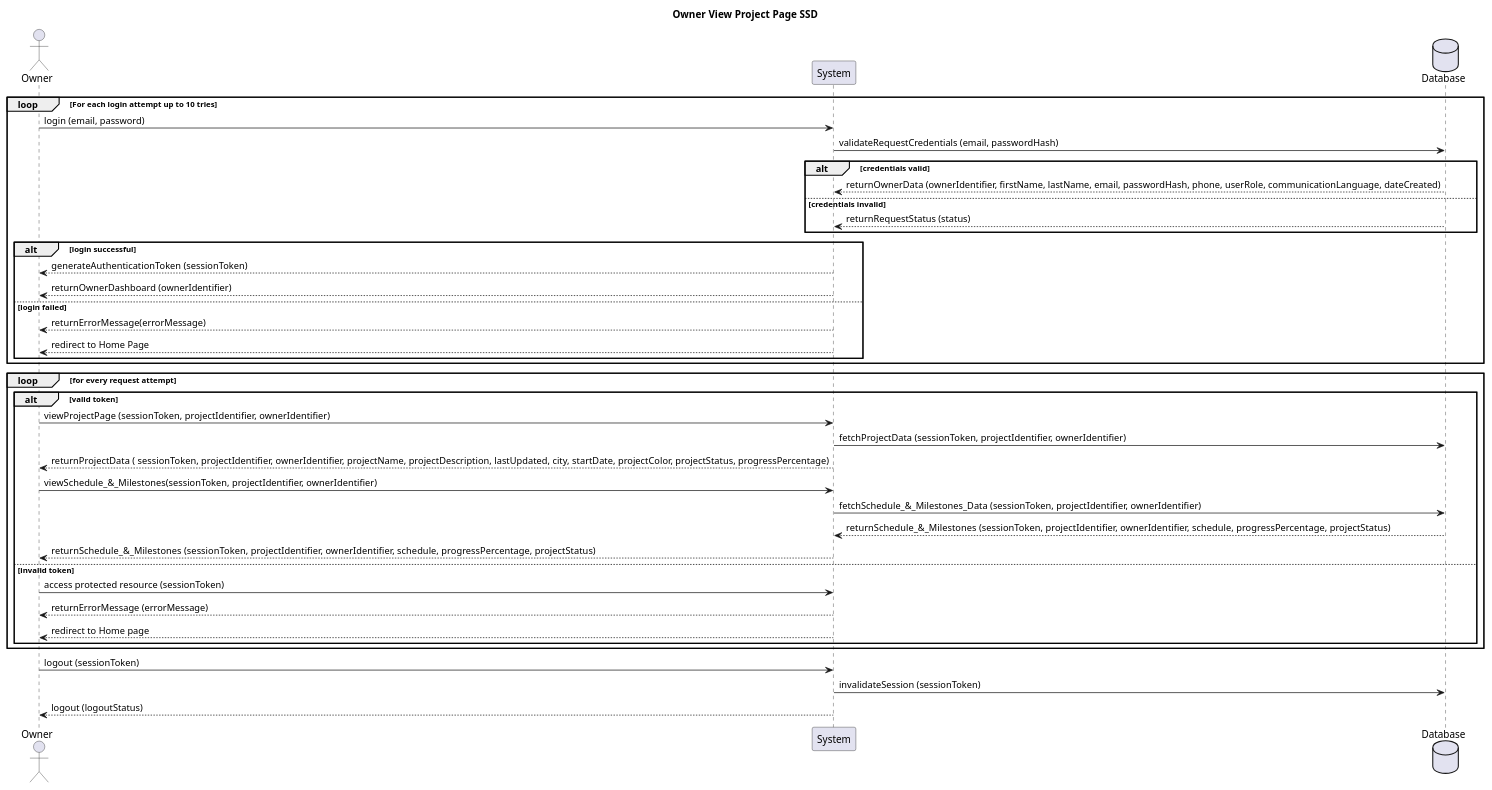
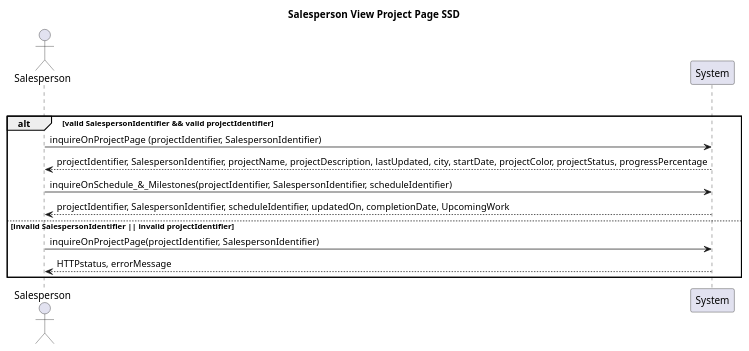
The diagram in Diagrams/UML_codes/SSD_ECP_Dufort.puml (LCDCI/Les-Constructions-Dominic-Cyr), drawn with PlantUML before and after one commit.

Commit message:
fixed SSD view project page

```diff
--- a/Diagrams/UML_codes/SSD_ECP_Dufort.puml
+++ b/Diagrams/UML_codes/SSD_ECP_Dufort.puml
@@ -1,44 +1,18 @@
 @startuml
-title Owner View Project Page SSD
+title Salesperson View Project Page SSD
 
-actor Owner
+actor Salesperson
 
-loop For each login attempt up to 10 tries
-    Owner -> System: login (email, password)
-    database Database
-    System -> Database:  validateRequestCredentials (email, passwordHash)
-    alt credentials valid
-        Database --> System: returnOwnerData (ownerIdentifier, firstName, lastName, email, passwordHash, phone, userRole, communicationLanguage, dateCreated)
-    else credentials invalid
-    Database --> System: returnRequestStatus (status)
-    end
+loop for every request attempt
+ alt valid SalespersonIdentifier && valid projectIdentifier
+ Salesperson -> System: inquireOnProjectPage (projectIdentifier, SalespersonIdentifier)
+    System --> Salesperson:  projectIdentifier, SalespersonIdentifier, projectName, projectDescription, lastUpdated, city, startDate, projectColor, projectStatus, progressPercentage
+    Salesperson -> System: inquireOnSchedule_&_Milestones(projectIdentifier, SalespersonIdentifier, scheduleIdentifier)
+    System --> Salesperson: projectIdentifier, SalespersonIdentifier, scheduleIdentifier, updatedOn, completionDate, UpcomingWork
+ else invalid SalespersonIdentifier || invalid projectIdentifier
+     Salesperson -> System: inquireOnProjectPage(projectIdentifier, SalespersonIdentifier)
+     System --> Salesperson: HTTPstatus, errorMessage
+ end
 
-    alt login successful
-        System --> Owner: generateAuthenticationToken (sessionToken)
-        System --> Owner: returnOwnerDashboard (ownerIdentifier)
-    else login failed
-        System --> Owner: returnErrorMessage(errorMessage)
-        System --> Owner: redirect to Home Page
-    end
-end
-loop for every request attempt
- alt valid token
- Owner -> System: viewProjectPage (sessionToken, projectIdentifier, ownerIdentifier)
-    System -> Database: fetchProjectData (sessionToken, projectIdentifier, ownerIdentifier)
-    System --> Owner: returnProjectData ( sessionToken, projectIdentifier, ownerIdentifier, projectName, projectDescription, lastUpdated, city, startDate, projectColor, projectStatus, progressPercentage)
-    Owner -> System: viewSchedule_&_Milestones(sessionToken, projectIdentifier, ownerIdentifier)
-    System -> Database: fetchSchedule_&_Milestones_Data (sessionToken, projectIdentifier, ownerIdentifier)
-    Database --> System: returnSchedule_&_Milestones  (sessionToken, projectIdentifier, ownerIdentifier, schedule, progressPercentage, projectStatus)
-    System --> Owner: returnSchedule_&_Milestones  (sessionToken, projectIdentifier, ownerIdentifier, schedule, progressPercentage, projectStatus)
- else invalid token
-     Owner -> System: access protected resource (sessionToken)
-     System --> Owner: returnErrorMessage (errorMessage)
-     System --> Owner: redirect to Home page
- end
-end
-
-Owner -> System: logout (sessionToken)
-System -> Database: invalidateSession (sessionToken)
-System --> Owner: logout (logoutStatus)
 
 @enduml
```
